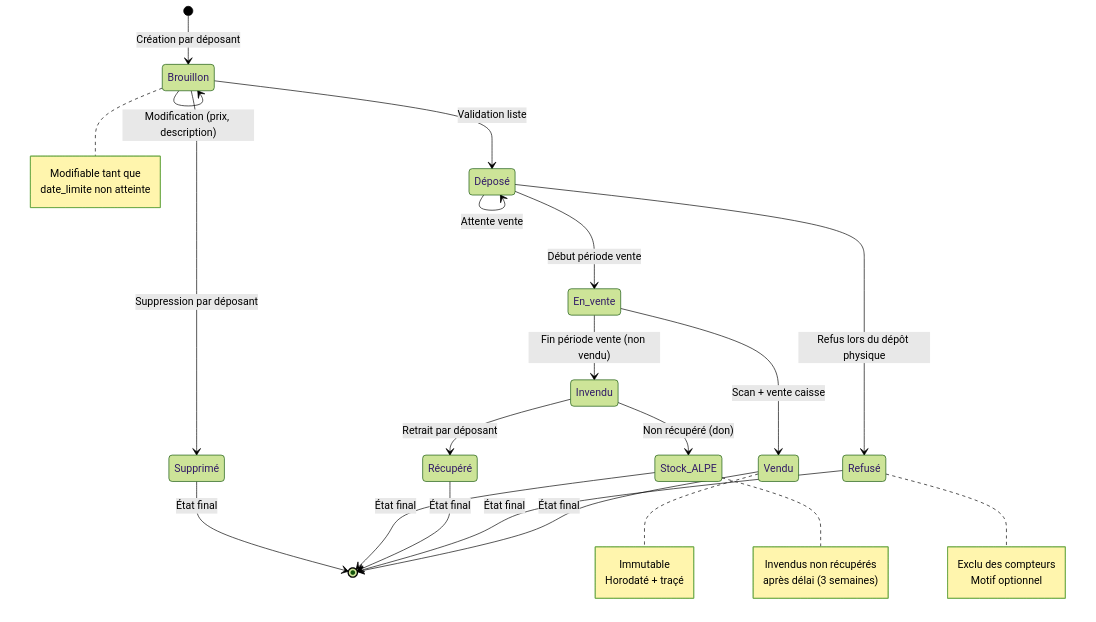
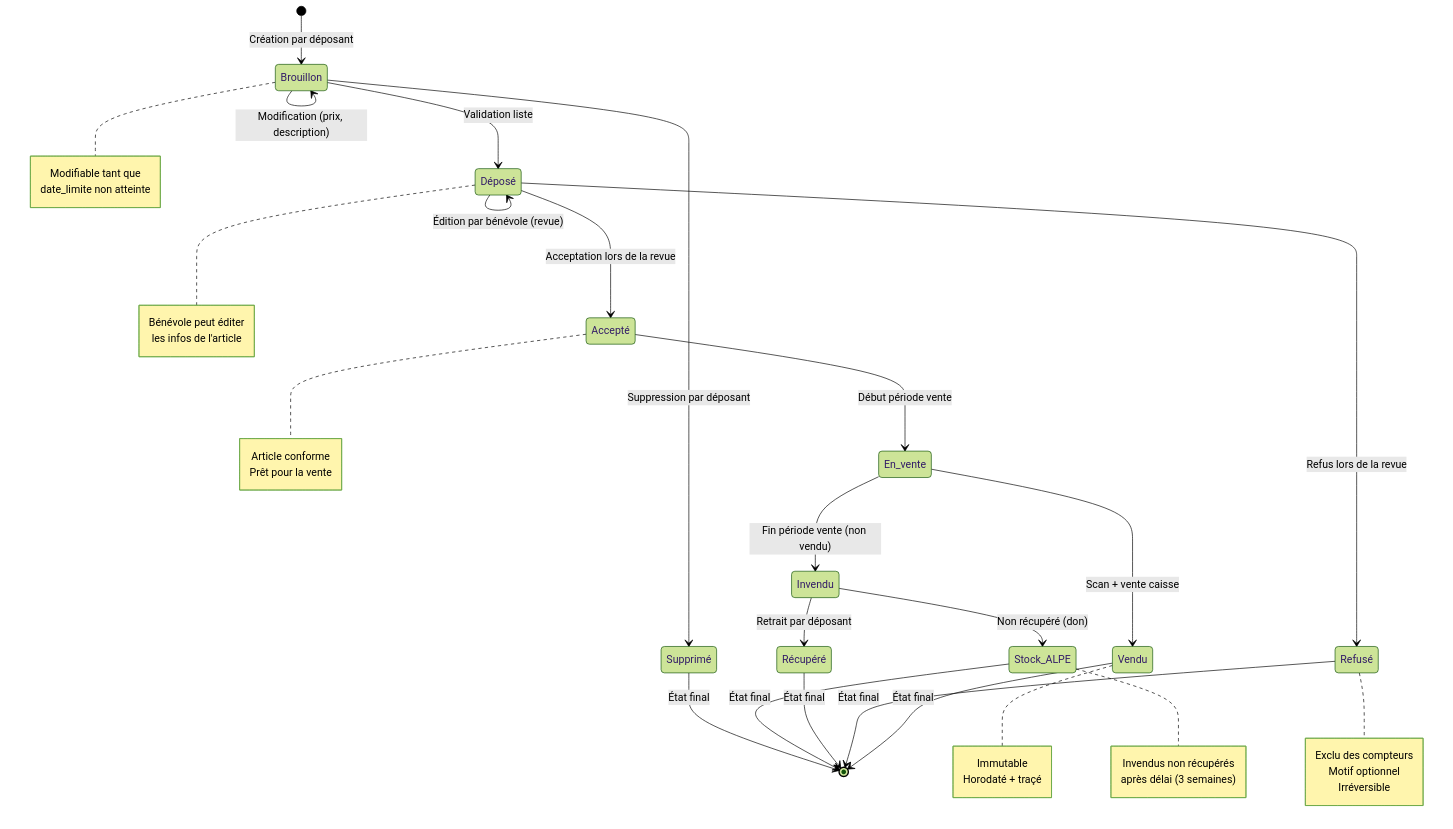
Before and after one commit to ALPE-Plaisance-du-Touch/Gestionnaire-de-Bourse-ALPE: the eighth of 10 diagrams in docs/domain-model.md, drawn with Mermaid (forest theme). The commit also changed other lines of this file and 5 other files, not shown here.

````diff
--- a/docs/domain-model.md
+++ b/docs/domain-model.md
@@ -688,45 +688,58 @@
 ```mermaid
 stateDiagram-v2
     [*] --> Brouillon : Création par déposant
 
     Brouillon --> Brouillon : Modification (prix, description)
     Brouillon --> Supprimé : Suppression par déposant
     Brouillon --> Déposé : Validation liste
 
-    Déposé --> En_vente : Début période vente
-    Déposé --> Refusé : Refus lors du dépôt physique
-    Déposé --> Déposé : Attente vente
+    Déposé --> Déposé : Édition par bénévole (revue)
+    Déposé --> Accepté : Acceptation lors de la revue
+    Déposé --> Refusé : Refus lors de la revue
+
+    Accepté --> En_vente : Début période vente
 
     En_vente --> Vendu : Scan + vente caisse
     En_vente --> Invendu : Fin période vente (non vendu)
 
     Vendu --> [*] : État final
 
     Invendu --> Récupéré : Retrait par déposant
     Invendu --> Stock_ALPE : Non récupéré (don)
 
     Refusé --> [*] : État final
     Récupéré --> [*] : État final
     Stock_ALPE --> [*] : État final
     Supprimé --> [*] : État final
 
     note right of Brouillon
         Modifiable tant que
         date_limite non atteinte
     end note
 
+    note right of Déposé
+        Bénévole peut éditer
+        les infos de l'article
+    end note
+
+    note right of Accepté
+        Article conforme
+        Prêt pour la vente
+    end note
+
     note right of Refusé
         Exclu des compteurs
         Motif optionnel
+        Irréversible
     end note
 
     note right of Vendu
         Immutable
         Horodaté + traçé
     end note
 
     note right of Stock_ALPE
         Invendus non récupérés
         après délai (3 semaines)
     end note
 ```
````
